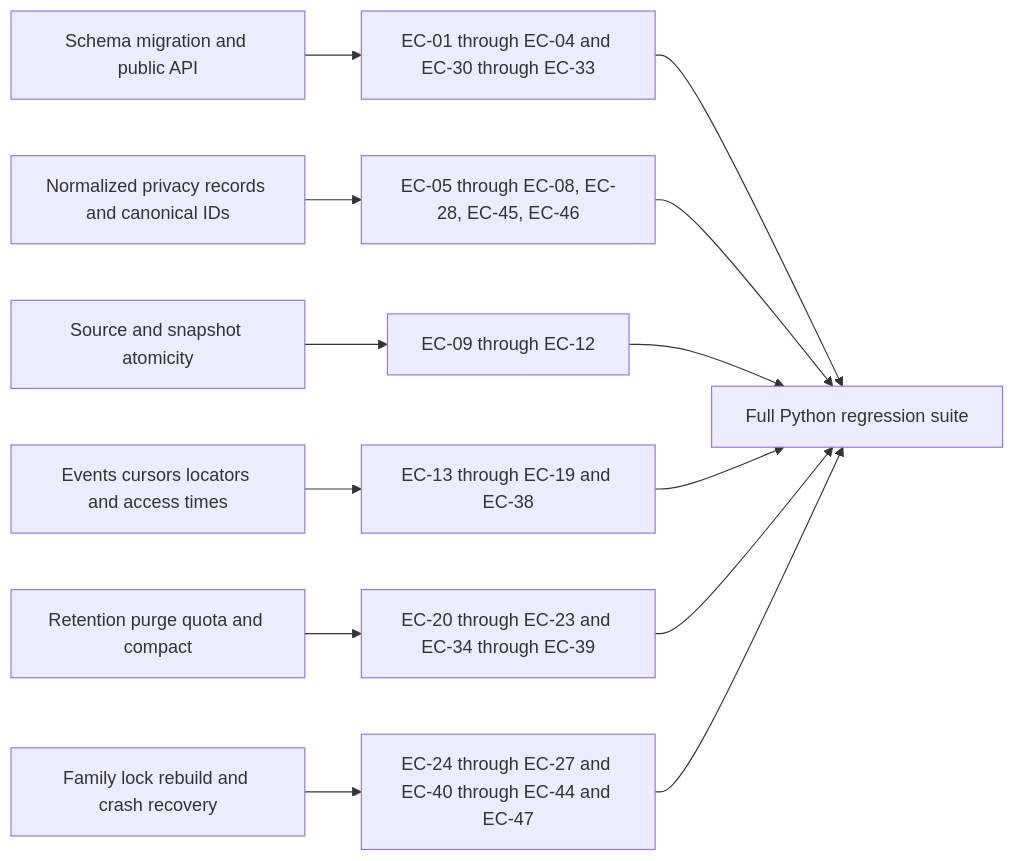
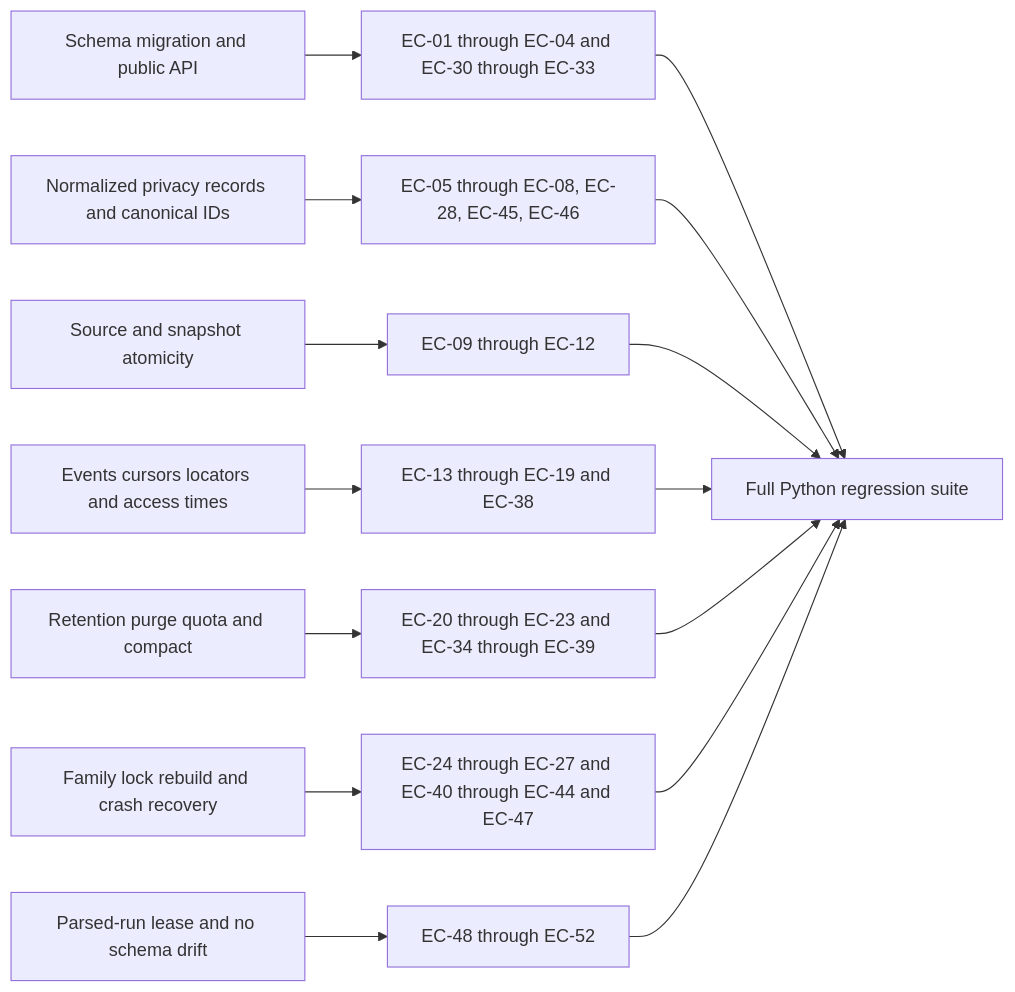
Before and after one commit to martinbechard/agent-runner: the sixth of 6 diagrams in docs/design/components/CD-003-agent-report-normalized-event-cache.md, drawn with Mermaid. The commit also changed other lines of this file and 1 other file, not shown here.

Commit message:
docs(report): define heatmap service cache contract

````diff
--- a/docs/design/components/CD-003-agent-report-normalized-event-cache.md
+++ b/docs/design/components/CD-003-agent-report-normalized-event-cache.md
@@ -1373,15 +1480,17 @@
 ```mermaid
 flowchart LR
   Schema[Schema migration and public API] --> CoreTests[EC-01 through EC-04 and EC-30 through EC-33]
   Privacy[Normalized privacy records and canonical IDs] --> PrivacyTests[EC-05 through EC-08, EC-28, EC-45, EC-46]
   Revisions[Source and snapshot atomicity] --> RevisionTests[EC-09 through EC-12]
   Query[Events cursors locators and access times] --> QueryTests[EC-13 through EC-19 and EC-38]
   Maintenance[Retention purge quota and compact] --> MaintenanceTests[EC-20 through EC-23 and EC-34 through EC-39]
   Portability[Family lock rebuild and crash recovery] --> PortabilityTests[EC-24 through EC-27 and EC-40 through EC-44 and EC-47]
+  Heatmap[Parsed-run lease and no schema drift] --> HeatmapTests[EC-48 through EC-52]
   CoreTests --> Full[Full Python regression suite]
   PrivacyTests --> Full
   RevisionTests --> Full
   QueryTests --> Full
   MaintenanceTests --> Full
   PortabilityTests --> Full
+  HeatmapTests --> Full
 ```
````
